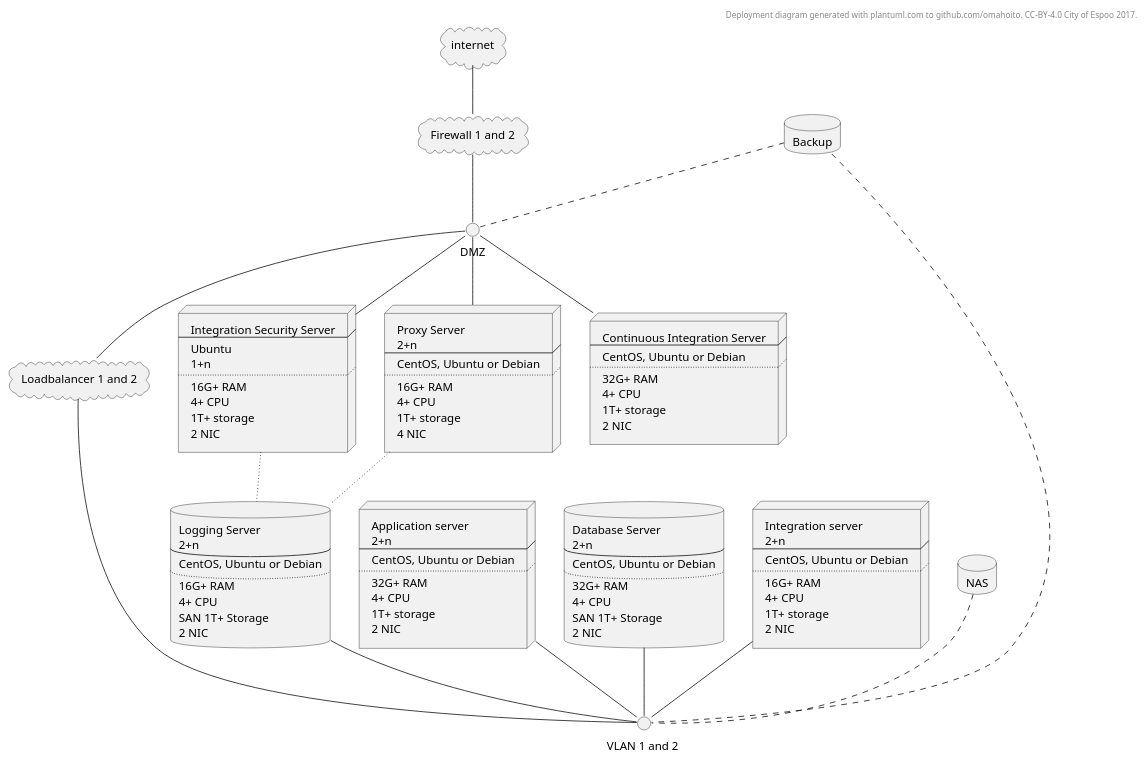
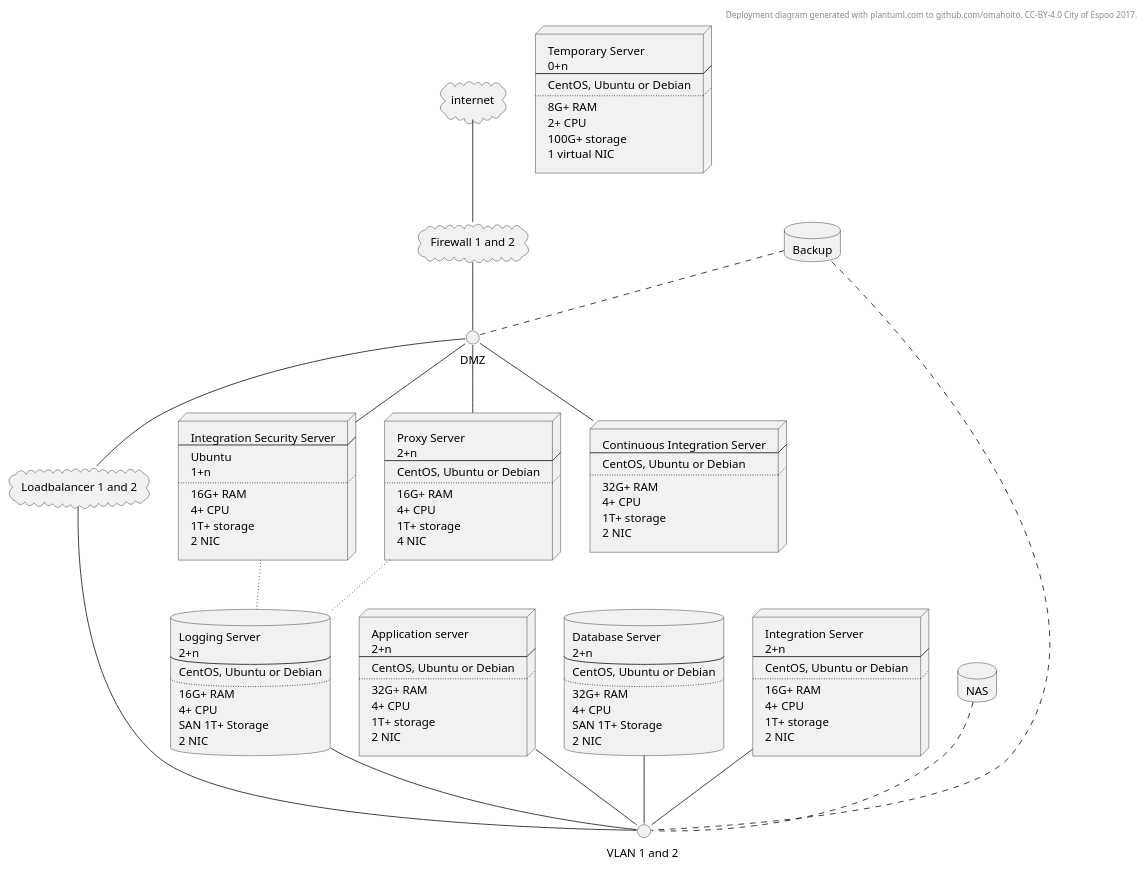
The diagram in deployment.MD (ruoat/definitions), drawn with PlantUML before and after one commit.

```diff
--- a/deployment.MD
+++ b/deployment.MD
@@ -59,7 +59,7 @@
 2 NIC
 ]
 node nodeintegration2 [
-Integration server
+Integration Server
 2+n
 ----
 CentOS, Ubuntu or Debian
@@ -90,6 +90,17 @@
 1T+ storage
 2 NIC
 ]
+node nodevm [
+Temporary Server 
+0+n
+----
+CentOS, Ubuntu or Debian
+....
+8G+ RAM
+2+ CPU
+100G+ storage
+1 virtual NIC
+]
 database NAS
 database Backup
 
```
